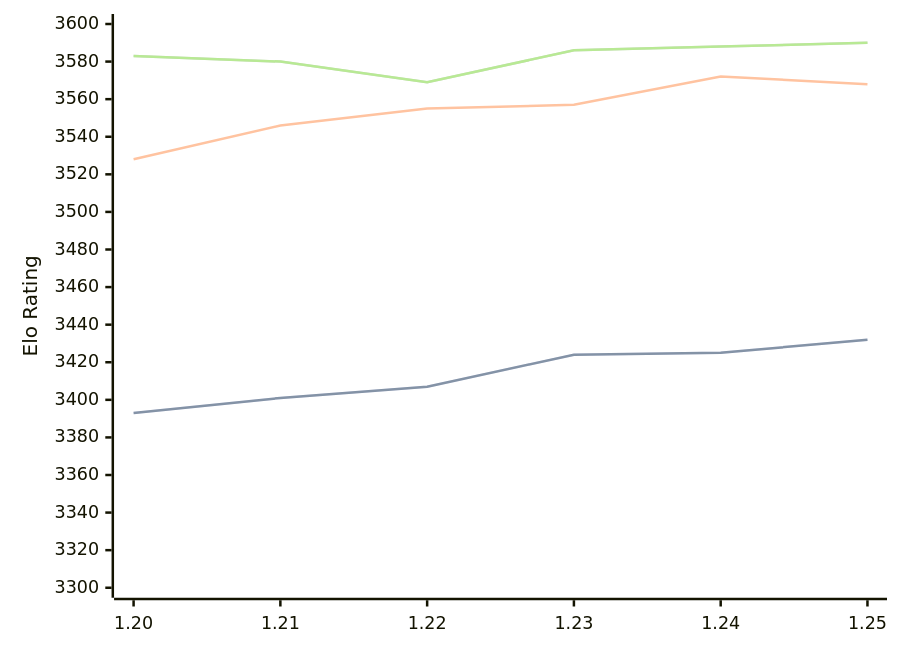
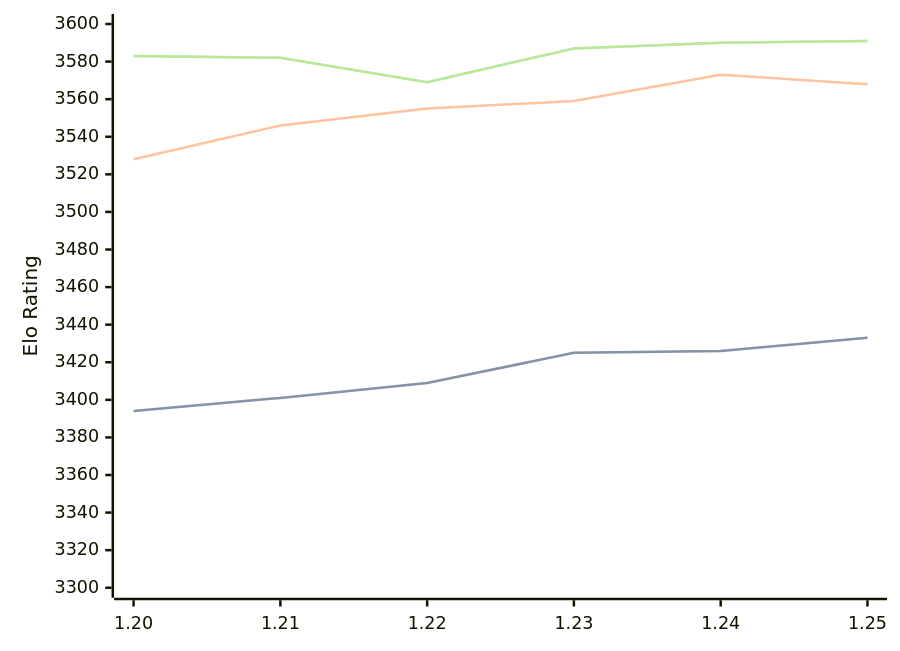
The diagram in engines/Caissa.md (computer-chess-index/cci), drawn with Mermaid before and after one commit. The commit also changed other lines of this file, not shown here.

Commit message:
Update CCI Ratings (ELO VLTC) - 2026-04-22

````diff
--- a/engines/Caissa.md
+++ b/engines/Caissa.md
@@ -65,11 +65,11 @@
 ```mermaid
 %%{init: {"theme":"base","themeVariables":{"seriesColors:['#a3a3a3','#222221','#faa371']}}}%%
 xychart-beta
   x-axis ["1.20", "1.21", "1.22", "1.23", "1.24", "1.25"]
   y-axis "Elo Rating" 3300 --> 3600
-  line "STC (8.0+0.08s)" [3393, 3401, 3407, 3424, 3425, 3432]
-  line "STC (8.0+0.08s)" [3393, 3401, 3407, 3424, 3425, 3432]
-  line "LTC (60.0+0.60s)" [3528, 3546, 3555, 3557, 3572, 3568]
-  line "VLTC (2m24s+1.12s)" [3583, 3580, 3569, 3586, 3588, 3590]
-  line "VLTC (2m24s+1.12s)" [3583, 3580, 3569, 3586, 3588, 3590]
+  line "STC (8.0+0.08s)" [3394, 3401, 3409, 3425, 3426, 3433]
+  line "STC (8.0+0.08s)" [3394, 3401, 3409, 3425, 3426, 3433]
+  line "LTC (60.0+0.60s)" [3528, 3546, 3555, 3559, 3573, 3568]
+  line "VLTC (2m24s+1.12s)" [3583, 3582, 3569, 3587, 3590, 3591]
+  line "VLTC (2m24s+1.12s)" [3583, 3582, 3569, 3587, 3590, 3591]
 ```
````
